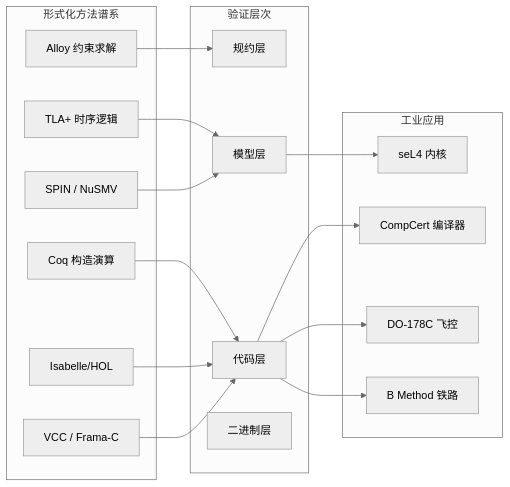
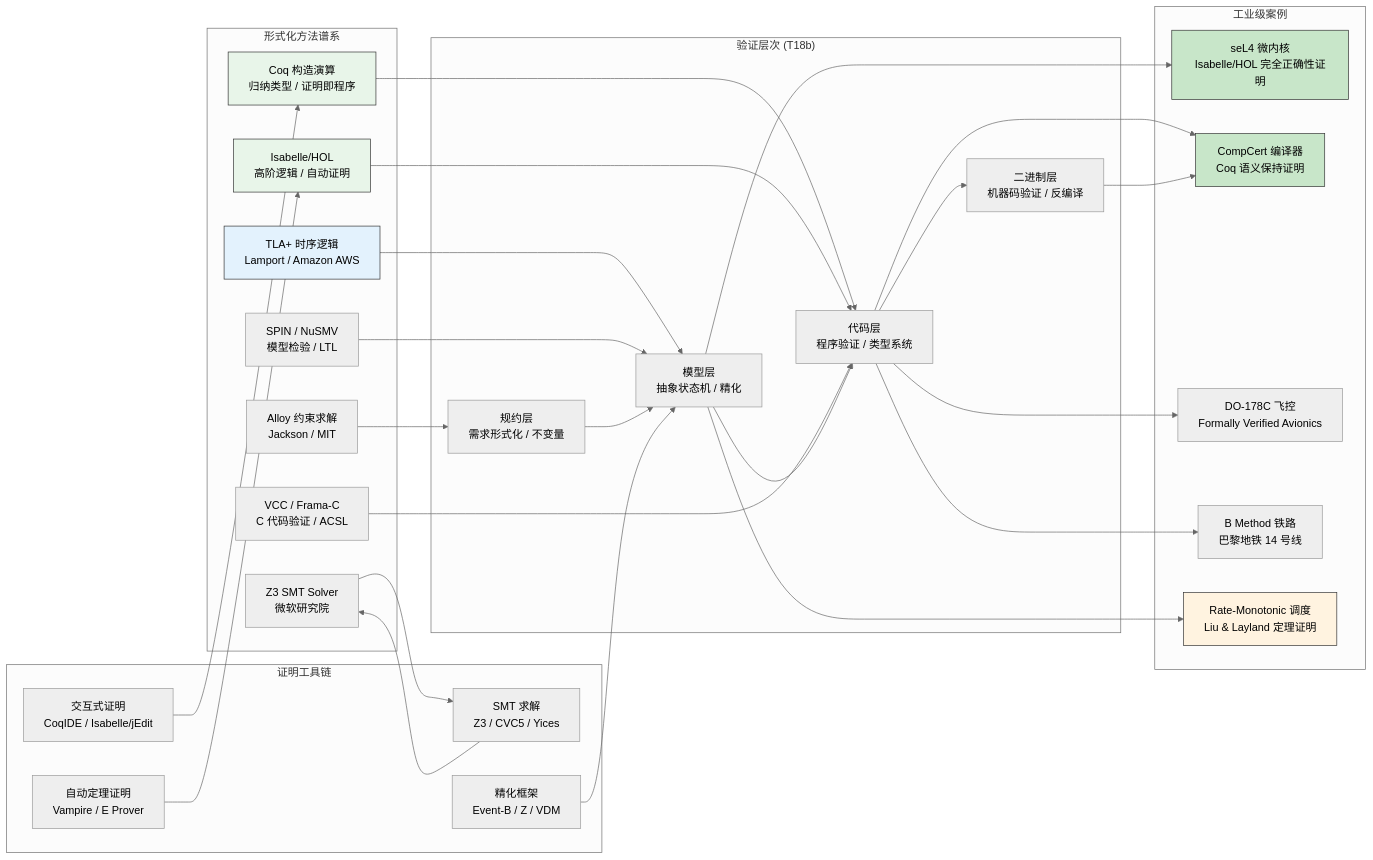
One commit to AdaMartin18010/Architecture changed the diagram in struct/99-reference/visualizations/07-formal-verification.mmd. Above: the diagram before and after it, drawn with Mermaid (neutral theme). The commit also changed 45 other files, not shown here.

```diff
--- a/struct/99-reference/visualizations/07-formal-verification.mmd
+++ b/struct/99-reference/visualizations/07-formal-verification.mmd
@@ -1,34 +1,59 @@
+%% 版本: 2026-06-10 | 状态: B3 完成 | 主题: 07 形式化验证与复用正确性 (T18b)
 flowchart LR
-    subgraph 形式化方法谱系
-        TLA["TLA+ 时序逻辑"]
-        ALLOY["Alloy 约束求解"]
-        COQ["Coq 构造演算"]
-        ISABELLE["Isabelle/HOL"]
-        SPIN["SPIN / NuSMV"]
-        VCC["VCC / Frama-C"]
+    subgraph "形式化方法谱系"
+        TLA["TLA+ 时序逻辑<br/>Lamport / Amazon AWS"]
+        ALLOY["Alloy 约束求解<br/>Jackson / MIT"]
+        COQ["Coq 构造演算<br/>归纳类型 / 证明即程序"]
+        ISABELLE["Isabelle/HOL<br/>高阶逻辑 / 自动证明"]
+        SPIN["SPIN / NuSMV<br/>模型检验 / LTL"]
+        VCC["VCC / Frama-C<br/>C 代码验证 / ACSL"]
+        Z3["Z3 SMT Solver<br/>微软研究院"]
     end
 
-    subgraph 验证层次
-        SPEC["规约层"]
-        MODEL["模型层"]
-        CODE["代码层"]
-        BIN["二进制层"]
+    subgraph "验证层次 (T18b)"
+        SPEC["规约层<br/>需求形式化 / 不变量"]
+        MODEL["模型层<br/>抽象状态机 / 精化"]
+        CODE["代码层<br/>程序验证 / 类型系统"]
+        BIN["二进制层<br/>机器码验证 / 反编译"]
     end
 
-    subgraph 工业应用
-        SE_L4["seL4 内核"]
-        COMP["CompCert 编译器"]
-        DO178["DO-178C 飞控"]
-        RAIL["B Method 铁路"]
+    subgraph "工业级案例"
+        SE_L4["seL4 微内核<br/>Isabelle/HOL 完全正确性证明"]
+        COMP["CompCert 编译器<br/>Coq 语义保持证明"]
+        DO178["DO-178C 飞控<br/>Formally Verified Avionics"]
+        RAIL["B Method 铁路<br/>巴黎地铁 14 号线"]
+        RM["Rate-Monotonic 调度<br/>Liu & Layland 定理证明"]
+    end
+
+    subgraph "证明工具链"
+        SMT["SMT 求解<br/>Z3 / CVC5 / Yices"]
+        ATP["自动定理证明<br/>Vampire / E Prover"]
+        ITP["交互式证明<br/>CoqIDE / Isabelle/jEdit"]
+        REF["精化框架<br/>Event-B / Z / VDM"]
     end
 
     TLA --> MODEL
     ALLOY --> SPEC
     COQ --> CODE
     ISABELLE --> CODE
     SPIN --> MODEL
     VCC --> CODE
+    Z3 --> SMT
+    SPEC --> MODEL --> CODE --> BIN
     MODEL --> SE_L4
     CODE --> COMP
     CODE --> DO178
     CODE --> RAIL
+    MODEL --> RM
+    SMT --> Z3
+    ATP --> ISABELLE
+    ITP --> COQ
+    REF --> MODEL
+    BIN --> COMP
+
+    style TLA fill:#e3f2fd,stroke:#333
+    style COQ fill:#e8f5e9,stroke:#333
+    style ISABELLE fill:#e8f5e9,stroke:#333
+    style SE_L4 fill:#c8e6c9,stroke:#333
+    style COMP fill:#c8e6c9,stroke:#333
+    style RM fill:#fff3e0,stroke:#333
```
